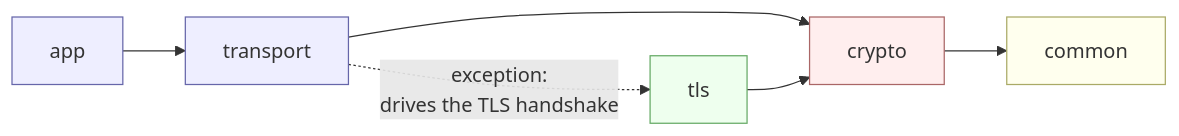
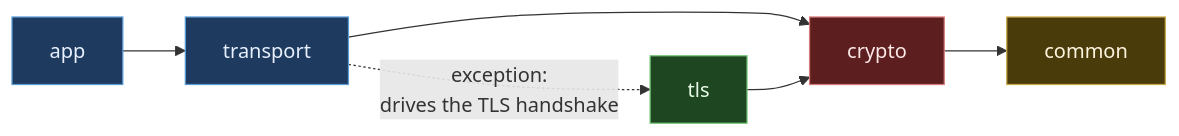
Before and after one commit to Hakkadaikon/wired: the second of 7 diagrams in docs/arch/overview.md, drawn with Mermaid. The commit also changed other lines of this file, not shown here.

First line of the commit message:
docs(arch): switch mermaid node styling to dark fills with light text

````diff
--- a/docs/arch/overview.md
+++ b/docs/arch/overview.md
@@ -55,11 +55,11 @@
 ```mermaid
 graph LR
     app --> transport --> crypto --> common
     transport -. "exception:<br/>drives the TLS handshake" .-> tls --> crypto
 
-    style app fill:#eef,stroke:#66a
-    style transport fill:#eef,stroke:#66a
-    style tls fill:#efe,stroke:#6a6
-    style crypto fill:#fee,stroke:#a66
-    style common fill:#ffe,stroke:#aa6
+    style app fill:#1e3a5f,stroke:#5b9bd5,color:#e8f0fe
+    style transport fill:#1e3a5f,stroke:#5b9bd5,color:#e8f0fe
+    style tls fill:#1e4620,stroke:#7ac97a,color:#e8fde8
+    style crypto fill:#5c1e1e,stroke:#d57a7a,color:#fde8e8
+    style common fill:#4a3c0a,stroke:#c9a94a,color:#fdf5e0
 ```
````
